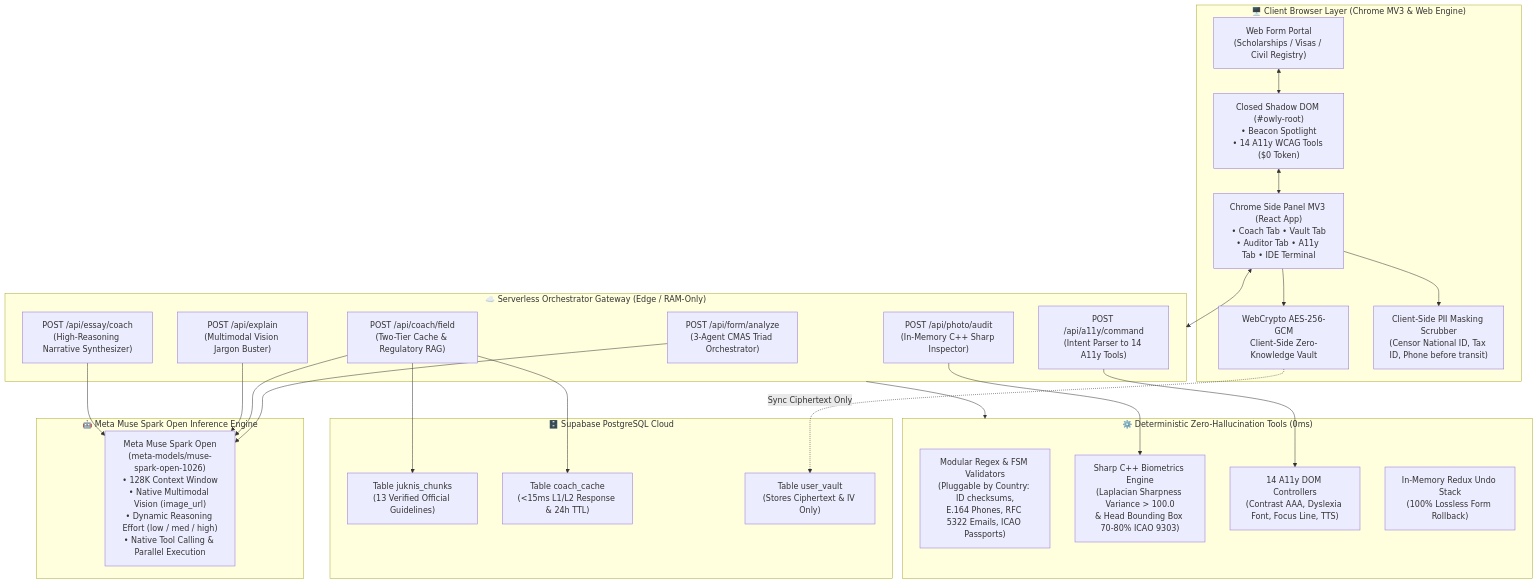
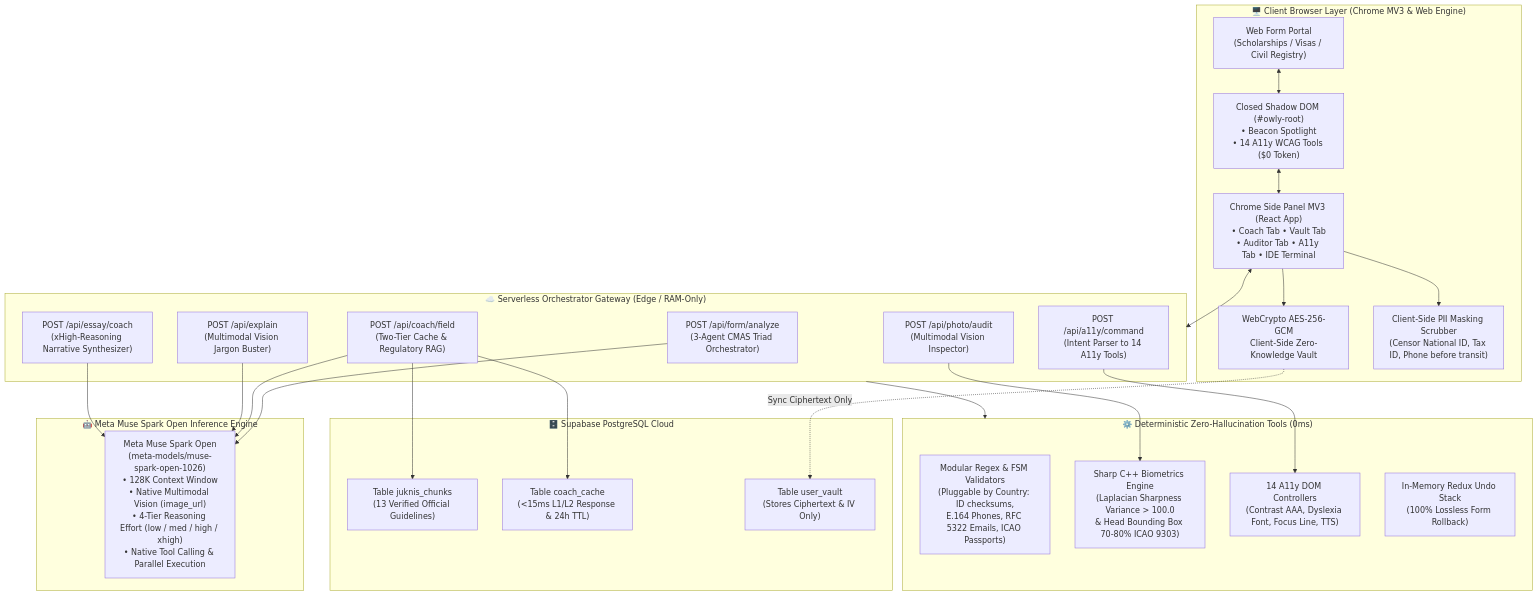
Before and after one commit to arfabi/owly: the diagram in README.md, drawn with Mermaid. The commit also changed other lines of this file and 5 other files, not shown here.

Commit message:
feat: add content script, background script, essay coach route, simulator page, and extension package

````diff
--- a/README.md
+++ b/README.md
@@ -130,54 +163,54 @@
 ```mermaid
 flowchart TB
     subgraph ClientLayer["🖥️ Client Browser Layer (Chrome MV3 & Web Engine)"]
         UserForm["Web Form Portal\n(Scholarships / Visas / Civil Registry)"]
         ShadowDOM["Closed Shadow DOM (#owly-root)\n• Beacon Spotlight\n• 14 A11y WCAG Tools ($0 Token)"]
         SidePanel["Chrome Side Panel MV3 (React App)\n• Coach Tab • Vault Tab\n• Auditor Tab • A11y Tab • IDE Terminal"]
         WebCrypto["WebCrypto AES-256-GCM\nClient-Side Zero-Knowledge Vault"]
         PIIGuard["Client-Side PII Masking Scrubber\n(Censor National ID, Tax ID, Phone before transit)"]
     end
 
     subgraph GatewayLayer["☁️ Serverless Orchestrator Gateway (Edge / RAM-Only)"]
         APIAnalyze["POST /api/form/analyze\n(3-Agent CMAS Triad Orchestrator)"]
         APICoach["POST /api/coach/field\n(Two-Tier Cache & Regulatory RAG)"]
         APIExplain["POST /api/explain\n(Multimodal Vision Jargon Buster)"]
-        APIEssay["POST /api/essay/coach\n(High-Reasoning Narrative Synthesizer)"]
-        APIAudit["POST /api/photo/audit\n(In-Memory C++ Sharp Inspector)"]
+        APIEssay["POST /api/essay/coach\n(xHigh-Reasoning Narrative Synthesizer)"]
+        APIAudit["POST /api/photo/audit\n(Multimodal Vision Inspector)"]
         APIA11y["POST /api/a11y/command\n(Intent Parser to 14 A11y Tools)"]
     end
 
     subgraph MuseSparkLayer["🤖 Meta Muse Spark Open Inference Engine"]
-        MuseSpark["Meta Muse Spark Open\n(meta-models/muse-spark-open-1026)\n• 128K Context Window\n• Native Multimodal Vision (image_url)\n• Dynamic Reasoning Effort (low / med / high)\n• Native Tool Calling & Parallel Execution"]
+        MuseSpark["Meta Muse Spark Open\n(meta-models/muse-spark-open-1026)\n• 128K Context Window\n• Native Multimodal Vision (image_url)\n• 4-Tier Reasoning Effort (low / med / high / xhigh)\n• Native Tool Calling & Parallel Execution"]
     end
 
     subgraph DeterministikLayer["⚙️ Deterministic Zero-Hallucination Tools (0ms)"]
         FSMValidator["Modular Regex & FSM Validators\n(Pluggable by Country: ID checksums,\nE.164 Phones, RFC 5322 Emails, ICAO Passports)"]
         SharpBiometrics["Sharp C++ Biometrics Engine\n(Laplacian Sharpness Variance > 100.0\n& Head Bounding Box 70-80% ICAO 9303)"]
         A11yEngine["14 A11y DOM Controllers\n(Contrast AAA, Dyslexia Font, Focus Line, TTS)"]
         UndoEngine["In-Memory Redux Undo Stack\n(100% Lossless Form Rollback)"]
     end
 
     subgraph DataLayer["🗄️ Supabase PostgreSQL Cloud"]
         SupaRAG["Table juknis_chunks\n(13 Verified Official Guidelines)"]
         SupaCache["Table coach_cache\n(<15ms L1/L2 Response & 24h TTL)"]
         SupaVault["Table user_vault\n(Stores Ciphertext & IV Only)"]
     end
 
     UserForm <--> ShadowDOM
     ShadowDOM <--> SidePanel
     SidePanel --> PIIGuard
     SidePanel --> WebCrypto
     SidePanel <--> GatewayLayer
 
     APIAnalyze --> MuseSpark
     APICoach --> SupaCache
     APICoach --> SupaRAG
     APICoach --> MuseSpark
     APIExplain --> MuseSpark
     APIEssay --> MuseSpark
     APIAudit --> SharpBiometrics
     APIA11y --> A11yEngine
 
     GatewayLayer --> DeterministikLayer
     WebCrypto -.->|Sync Ciphertext Only| SupaVault
 ```
````
